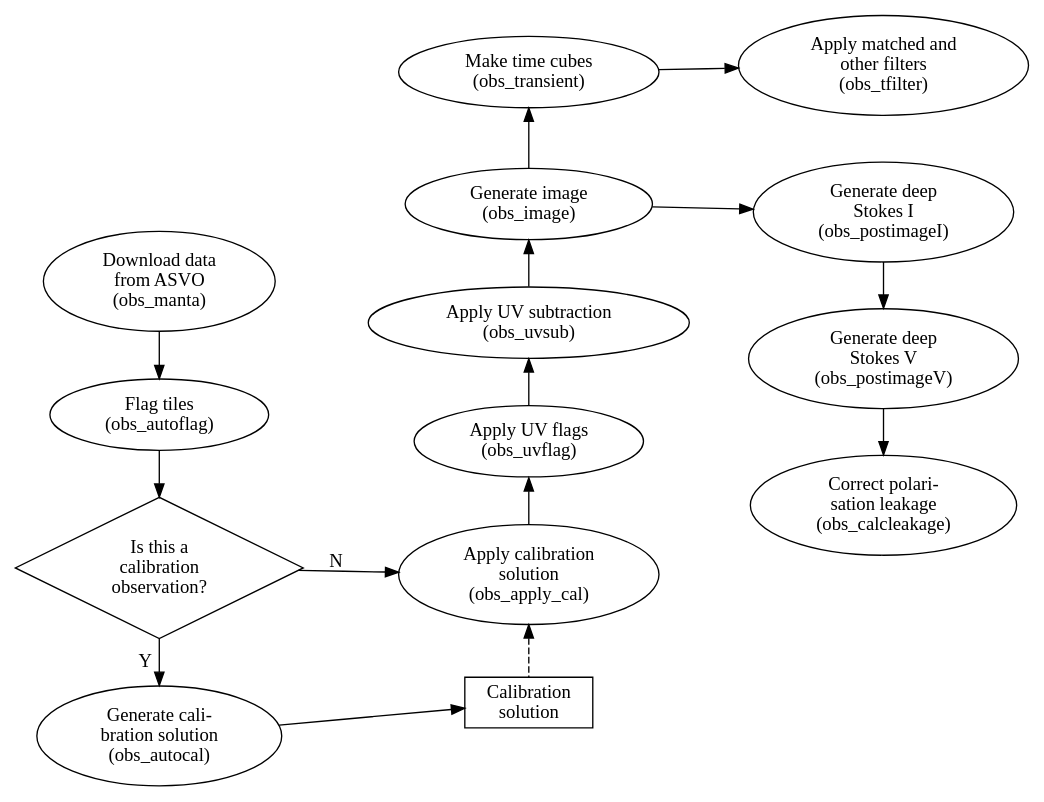
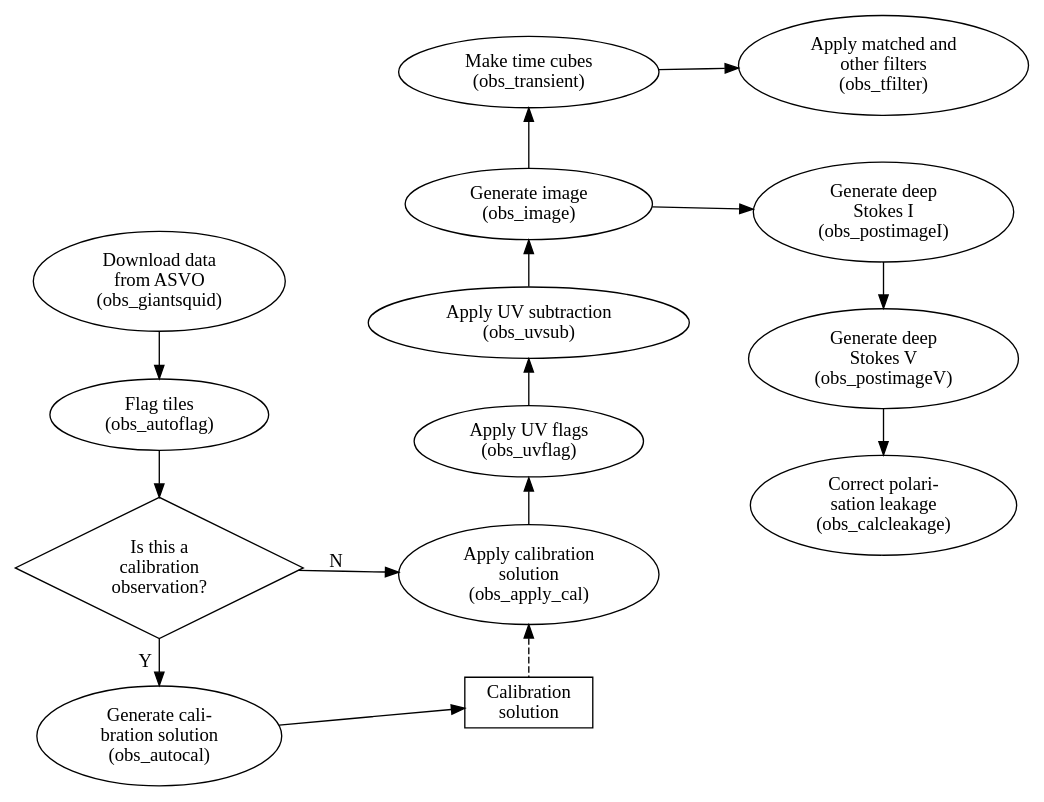
The diagram in doc/images/processing_pipeline_overview.dot (robotopia/MWA-Galactic-Plane-Monitoring), drawn with Graphviz before and after one commit. The commit also changed 2 other files, not shown here.

Commit message:
Removed manta from documentation

```diff
--- a/doc/images/processing_pipeline_overview.dot
+++ b/doc/images/processing_pipeline_overview.dot
@@ -1,46 +1,46 @@
 digraph G {
   rankdir="LR";
 
   // TODO: Make this subgraph actually do something! (And add other subgraphs)
   subgraph cluster_0 {
     style=filled;
     color=lightgrey;
     transient [label="Make time cubes\n(obs_transient)"];
     tfilter [label="Apply matched and\nother filters\n(obs_tfilter)"];
     transient -> tfilter;
     label="Transients"
   }
 
   is_cal [shape=diamond; label="Is this a\ncalibration\nobservation?"];
   postimageI [label="postimage-I"];
   postimageV [label="postimage-V"];
   calsol [shape=rectangle; label="Calibration\nsolution"];
-  manta [label="Download data\nfrom ASVO\n(obs_manta)"];
+  giantsquid [label="Download data\nfrom ASVO\n(obs_giantsquid)"];
   autoflag [label="Flag tiles\n(obs_autoflag)"];
   autocal [label="Generate cali-\nbration solution\n(obs_autocal)"];
   apply_cal [label="Apply calibration\nsolution\n(obs_apply_cal)"];
   uvflag [label="Apply UV flags\n(obs_uvflag)"];
   uvsub [label="Apply UV subtraction\n(obs_uvsub)"];
   image [label="Generate image\n(obs_image)"];
   postimageI [label="Generate deep\nStokes I\n(obs_postimageI)"];
   postimageV [label="Generate deep\nStokes V\n(obs_postimageV)"];
   calc_leakage [label="Correct polari-\nsation leakage\n(obs_calcleakage)"];
 
-  manta -> autoflag -> is_cal;
+  giantsquid -> autoflag -> is_cal;
   is_cal -> autocal [label="Y"];
   autocal -> calsol;
   image -> uvsub [dir=back];
   uvsub -> uvflag [dir=back];
   uvflag -> apply_cal [dir=back];
   transient -> image [dir=back];
   tfilter -> postimageI [style=invis];
   image -> postimageI;
   postimageI -> postimageV;
   postimageV -> calc_leakage;
   apply_cal -> calsol [dir=back; style=dashed];
   is_cal -> apply_cal [label="N"];
 
-  {rank="same"; manta; autoflag; is_cal; autocal;}
+  {rank="same"; giantsquid; autoflag; is_cal; autocal;}
   {rank="same"; apply_cal; calsol; uvflag; uvsub; image; transient;}
   {rank="same"; tfilter; postimageI; postimageV; calc_leakage;}
 }
```
